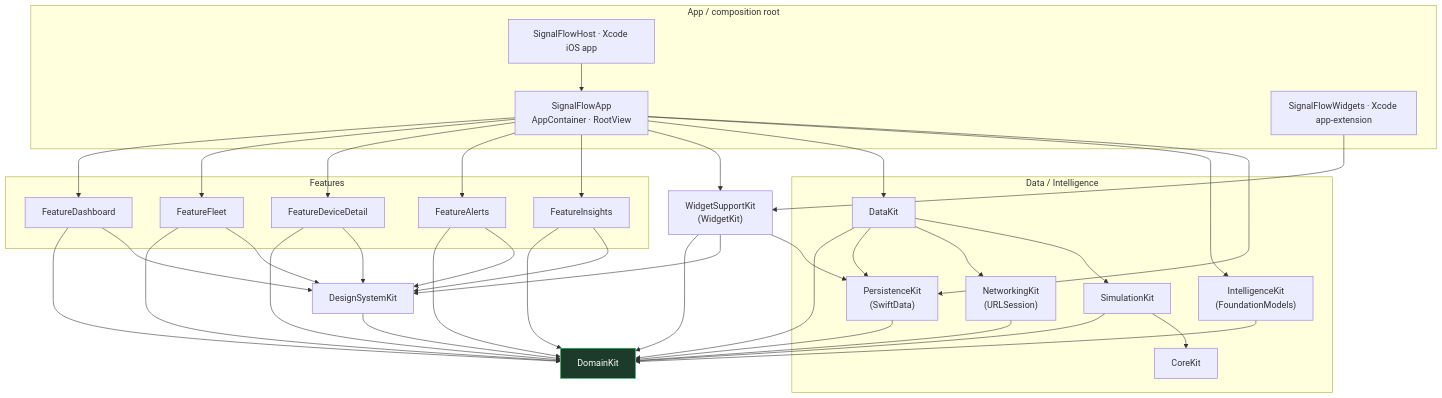
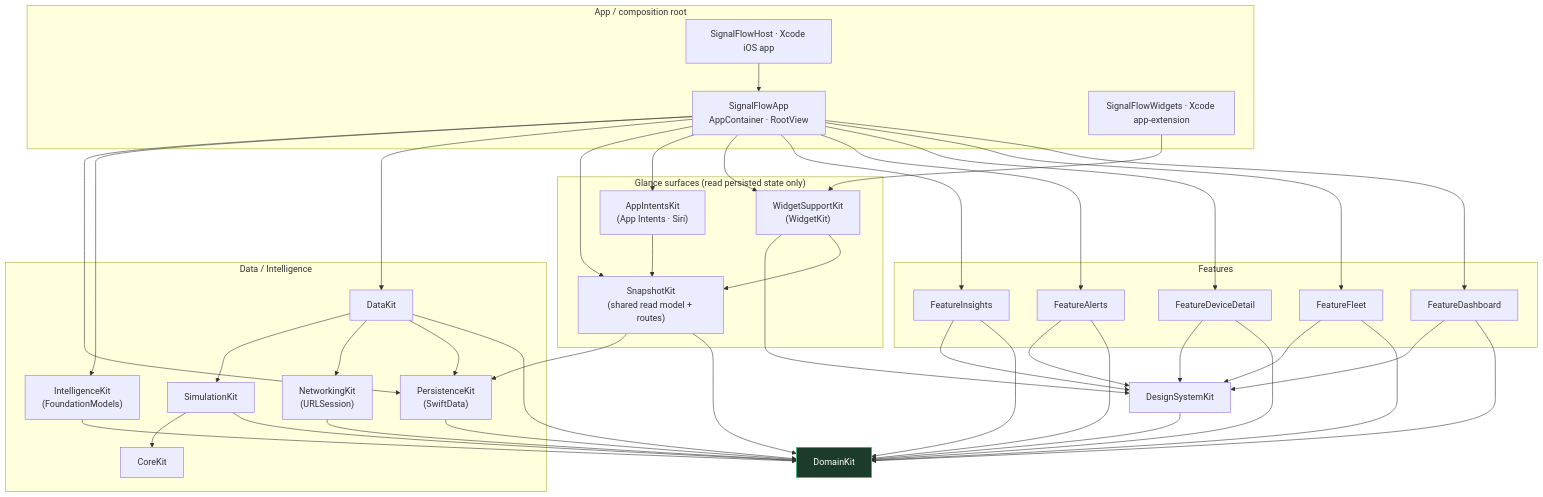
One commit to donatogomez/signal-flow changed the second of 2 diagrams in README.md. Above: the diagram before and after it, drawn with Mermaid. The commit also changed other lines of this file and 21 other files, not shown here.

First line of the commit message:
Add App Intents support (#14)

````diff
--- a/README.md
+++ b/README.md
@@ -139,52 +140,58 @@
 ```mermaid
 flowchart TD
     subgraph AppLayer["App / composition root"]
         HOST["SignalFlowHost · Xcode iOS app"]
         APPLIB["SignalFlowApp<br/>AppContainer · RootView"]
         WIDGETHOST["SignalFlowWidgets · Xcode app-extension"]
     end
     subgraph FeatureLayer["Features"]
         F1[FeatureDashboard]
         F2[FeatureFleet]
         F3[FeatureDeviceDetail]
         F4[FeatureAlerts]
         F5[FeatureInsights]
     end
-    WS["WidgetSupportKit<br/>(WidgetKit)"]
+    subgraph GlanceLayer["Glance surfaces (read persisted state only)"]
+        WS["WidgetSupportKit<br/>(WidgetKit)"]
+        AI["AppIntentsKit<br/>(App Intents · Siri)"]
+        SK["SnapshotKit<br/>(shared read model + routes)"]
+    end
     DS[DesignSystemKit]
     subgraph DataLayer["Data / Intelligence"]
         DK[DataKit]
         PERSIST["PersistenceKit<br/>(SwiftData)"]
         NET["NetworkingKit<br/>(URLSession)"]
         INTEL["IntelligenceKit<br/>(FoundationModels)"]
         SIM[SimulationKit]
         CORE[CoreKit]
     end
     DOM[DomainKit]
 
     HOST --> APPLIB
     WIDGETHOST --> WS
     APPLIB --> F1 & F2 & F3 & F4 & F5
-    APPLIB --> WS
+    APPLIB --> WS & AI & SK
     APPLIB --> DK
     APPLIB --> INTEL
     APPLIB --> PERSIST
     F1 & F2 & F3 & F4 & F5 --> DOM
     F1 & F2 & F3 & F4 & F5 --> DS
-    WS --> DOM
-    WS --> PERSIST
+    WS --> SK
     WS --> DS
+    AI --> SK
+    SK --> DOM
+    SK --> PERSIST
     DS --> DOM
     DK --> DOM
     DK --> PERSIST
     DK --> NET
     PERSIST --> DOM
     NET --> DOM
     INTEL --> DOM
     DK --> SIM
     SIM --> DOM
     SIM --> CORE
 
     classDef domain fill:#1d3b2a,stroke:#2ecc71,color:#fff;
     class DOM domain;
 ```
````
